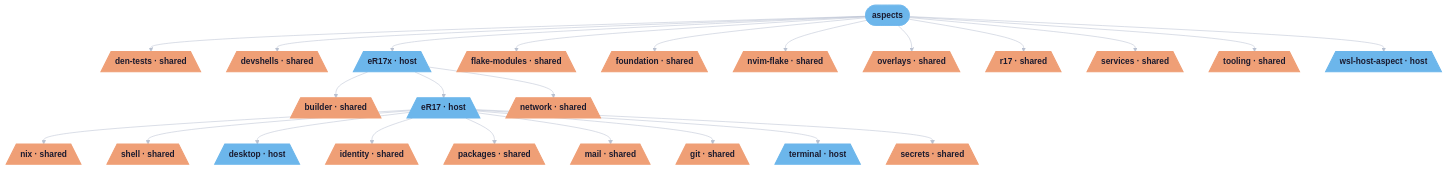
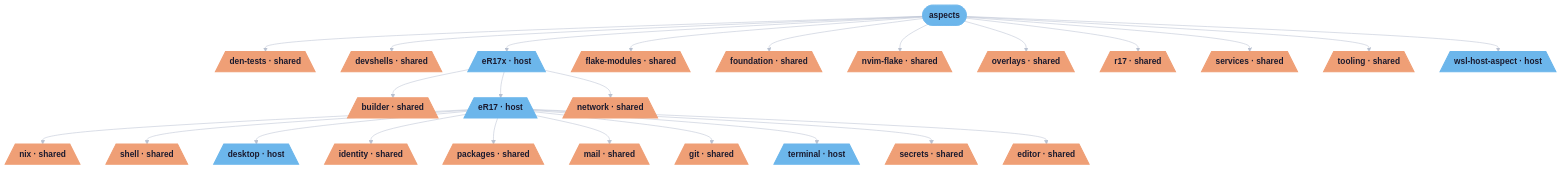
The fifth of 5 diagrams in README.md (r17x/universe), drawn with Mermaid before and after one commit. The commit also changed other lines of this file and 10 other files, not shown here.

````diff
--- a/README.md
+++ b/README.md
@@ -380,77 +389,80 @@
 ```mermaid
 %%{init: {"theme":"base","themeVariables":{"activationBkgColor":"#16213E","activationBorderColor":"#8A8A9E","actorBkg":"#16213E","actorBorder":"#B8C0D0","actorLineColor":"#B8C0D0","actorTextColor":"#E1E5ED","background":"#1A1A2E","classText":"#E1E5ED","clusterBkg":"#16213E","clusterBorder":"#8A8A9E","edgeLabelBackground":"#1A1A2E","labelBoxBkgColor":"#16213E","labelBoxBorderColor":"#B8C0D0","labelTextColor":"#E1E5ED","lineColor":"#B8C0D0","loopTextColor":"#E1E5ED","mainBkg":"#16213E","nodeBkg":"#16213E","nodeBorder":"#B8C0D0","nodeTextColor":"#E1E5ED","noteBkgColor":"#16213E","noteBorderColor":"#8A8A9E","noteTextColor":"#E1E5ED","pie1":"#EC7279","pie2":"#EF9F76","pie3":"#DBBE80","pie4":"#A0C980","pie5":"#5DBBC1","pie6":"#6CB6EB","pie7":"#D38AEA","pie8":"#B87AD8","pieLegendTextColor":"#E1E5ED","pieOuterStrokeColor":"#8A8A9E","pieSectionTextColor":"#E1E5ED","pieStrokeColor":"#8A8A9E","pieTitleTextColor":"#E1E5ED","primaryBorderColor":"#B8C0D0","primaryColor":"#16213E","primaryTextColor":"#E1E5ED","secondBkg":"#16213E","secondaryBorderColor":"#8A8A9E","secondaryColor":"#16213E","secondaryTextColor":"#E1E5ED","sequenceNumberColor":"#1A1A2E","signalColor":"#B8C0D0","signalTextColor":"#E1E5ED","tertiaryBorderColor":"#8A8A9E","tertiaryColor":"#16213E","tertiaryTextColor":"#E1E5ED","textColor":"#E1E5ED","titleColor":"#E1E5ED"}}}%%
 graph TD
   aspects([aspects]):::root
   builder[/"builder · shared"\]:::builder_c
   den_tests[/"den-tests · shared"\]:::den_tests_c
   desktop[/"desktop · host"\]:::desktop_c
   devshells[/"devshells · shared"\]:::devshells_c
   eR17[/"eR17 · host"\]:::eR17_c
   eR17x[/"eR17x · host"\]:::eR17x_c
+  editor[/"editor · shared"\]:::editor_c
   flake_modules[/"flake-modules · shared"\]:::flake_modules_c
   foundation[/"foundation · shared"\]:::foundation_c
   git[/"git · shared"\]:::git_c
   identity[/"identity · shared"\]:::identity_c
   mail[/"mail · shared"\]:::mail_c
   network[/"network · shared"\]:::network_c
   nix[/"nix · shared"\]:::nix_c
   nvim_flake[/"nvim-flake · shared"\]:::nvim_flake_c
   overlays[/"overlays · shared"\]:::overlays_c
   packages[/"packages · shared"\]:::packages_c
   r17[/"r17 · shared"\]:::r17_c
   secrets[/"secrets · shared"\]:::secrets_c
   services[/"services · shared"\]:::services_c
   shell[/"shell · shared"\]:::shell_c
   terminal[/"terminal · host"\]:::terminal_c
   tooling[/"tooling · shared"\]:::tooling_c
   wsl_host_aspect[/"wsl-host-aspect · host"\]:::wsl_host_aspect_c
 
   aspects --> den_tests
   aspects --> devshells
   aspects --> eR17x
   aspects --> flake_modules
   aspects --> foundation
   aspects --> nvim_flake
   aspects --> overlays
   aspects --> r17
   aspects --> services
   aspects --> tooling
   aspects --> wsl_host_aspect
   eR17 --> nix
   eR17 --> shell
   eR17 --> desktop
   eR17 --> identity
   eR17 --> packages
   eR17 --> mail
   eR17 --> git
   eR17 --> terminal
   eR17 --> secrets
+  eR17 --> editor
   eR17x --> eR17
   eR17x --> network
   eR17x --> builder
 
   classDef root fill:#6CB6EB,stroke:#6CB6EB,color:#1A1A2E,font-weight:bold
   classDef builder_c fill:#EF9F76,stroke:#EF9F76,color:#1A1A2E,stroke-width:2px
   classDef den_tests_c fill:#EF9F76,stroke:#EF9F76,color:#1A1A2E,stroke-width:2px
   classDef desktop_c fill:#6CB6EB,stroke:#6CB6EB,color:#1A1A2E,stroke-width:2px
   classDef devshells_c fill:#EF9F76,stroke:#EF9F76,color:#1A1A2E,stroke-width:2px
   classDef eR17_c fill:#6CB6EB,stroke:#6CB6EB,color:#1A1A2E,stroke-width:2px
   classDef eR17x_c fill:#6CB6EB,stroke:#6CB6EB,color:#1A1A2E,stroke-width:2px
+  classDef editor_c fill:#EF9F76,stroke:#EF9F76,color:#1A1A2E,stroke-width:2px
   classDef flake_modules_c fill:#EF9F76,stroke:#EF9F76,color:#1A1A2E,stroke-width:2px
   classDef foundation_c fill:#EF9F76,stroke:#EF9F76,color:#1A1A2E,stroke-width:2px
   classDef git_c fill:#EF9F76,stroke:#EF9F76,color:#1A1A2E,stroke-width:2px
   classDef identity_c fill:#EF9F76,stroke:#EF9F76,color:#1A1A2E,stroke-width:2px
   classDef mail_c fill:#EF9F76,stroke:#EF9F76,color:#1A1A2E,stroke-width:2px
   classDef network_c fill:#EF9F76,stroke:#EF9F76,color:#1A1A2E,stroke-width:2px
   classDef nix_c fill:#EF9F76,stroke:#EF9F76,color:#1A1A2E,stroke-width:2px
   classDef nvim_flake_c fill:#EF9F76,stroke:#EF9F76,color:#1A1A2E,stroke-width:2px
   classDef overlays_c fill:#EF9F76,stroke:#EF9F76,color:#1A1A2E,stroke-width:2px
   classDef packages_c fill:#EF9F76,stroke:#EF9F76,color:#1A1A2E,stroke-width:2px
   classDef r17_c fill:#EF9F76,stroke:#EF9F76,color:#1A1A2E,stroke-width:2px
   classDef secrets_c fill:#EF9F76,stroke:#EF9F76,color:#1A1A2E,stroke-width:2px
   classDef services_c fill:#EF9F76,stroke:#EF9F76,color:#1A1A2E,stroke-width:2px
   classDef shell_c fill:#EF9F76,stroke:#EF9F76,color:#1A1A2E,stroke-width:2px
   classDef terminal_c fill:#6CB6EB,stroke:#6CB6EB,color:#1A1A2E,stroke-width:2px
   classDef tooling_c fill:#EF9F76,stroke:#EF9F76,color:#1A1A2E,stroke-width:2px
   classDef wsl_host_aspect_c fill:#6CB6EB,stroke:#6CB6EB,color:#1A1A2E,stroke-width:2px
 ```
````
